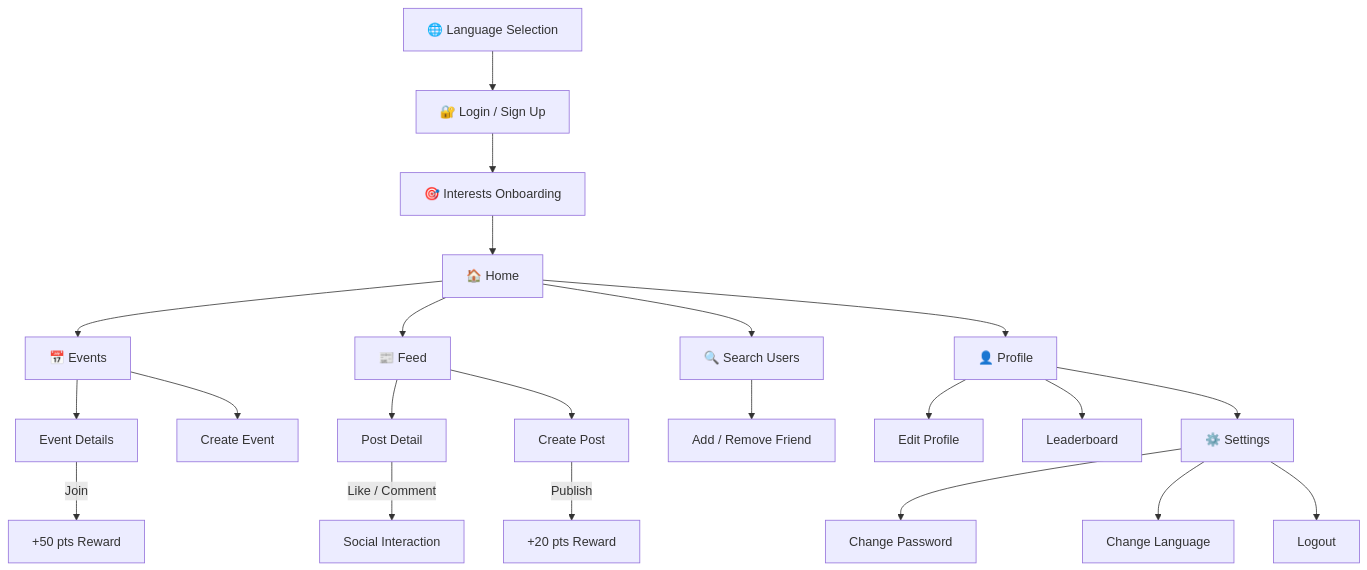
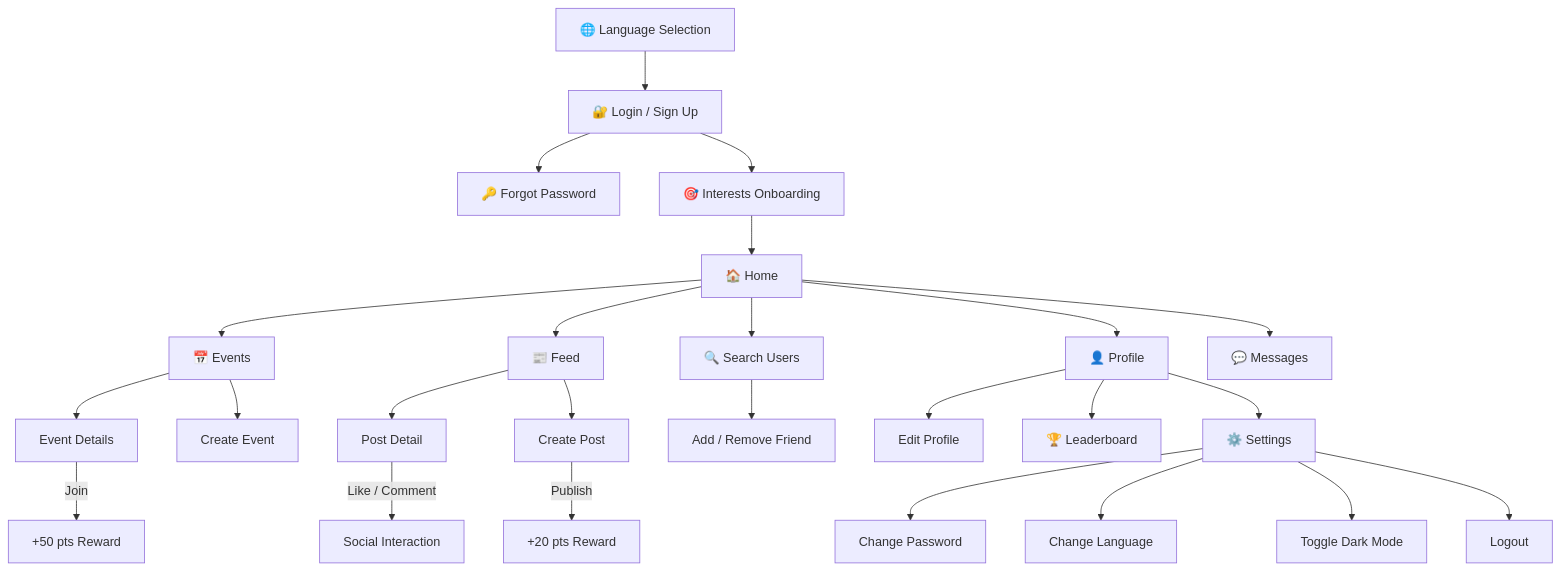
The second of 2 diagrams in README.md (Lochangarg/Impactly), drawn with Mermaid before and after one commit. The commit also changed other lines of this file and 60 other files, not shown here.

````diff
--- a/README.md
+++ b/README.md
@@ -243,29 +309,32 @@
 ```mermaid
 graph TD
-    A[🌐 Language Selection] --> B[🔐 Login / Sign Up]
-    B --> C[🎯 Interests Onboarding]
-    C --> D[🏠 Home]
-    
-    D --> E[📅 Events]
-    D --> F[🔍 Search Users]
-    D --> G[📰 Feed]
-    D --> H[👤 Profile]
-    
-    E --> E1[Event Details]
-    E --> E2[Create Event]
-    E1 --> |Join| E3[+50 pts Reward]
-    
-    G --> G1[Post Detail]
-    G --> G2[Create Post]
-    G1 --> |Like / Comment| G3[Social Interaction]
-    G2 --> |Publish| G4[+20 pts Reward]
-    
-    F --> F1[Add / Remove Friend]
-    
-    H --> H1[Edit Profile]
-    H --> H2[Leaderboard]
-    H --> H3[⚙️ Settings]
-    H3 --> H4[Change Password]
-    H3 --> H5[Change Language]
-    H3 --> H6[Logout]
+    A["🌐 Language Selection"] --> B["🔐 Login / Sign Up"]
+    B --> B1["🔑 Forgot Password"]
+    B --> C["🎯 Interests Onboarding"]
+    C --> D["🏠 Home"]
+
+    D --> E["📅 Events"]
+    D --> F["🔍 Search Users"]
+    D --> G["📰 Feed"]
+    D --> H["👤 Profile"]
+    D --> I["💬 Messages"]
+
+    E --> E1["Event Details"]
+    E --> E2["Create Event"]
+    E1 --> |Join| E3["+50 pts Reward"]
+
+    G --> G1["Post Detail"]
+    G --> G2["Create Post"]
+    G1 --> |Like / Comment| G3["Social Interaction"]
+    G2 --> |Publish| G4["+20 pts Reward"]
+
+    F --> F1["Add / Remove Friend"]
+
+    H --> H1["Edit Profile"]
+    H --> H2["🏆 Leaderboard"]
+    H --> H3["⚙️ Settings"]
+    H3 --> H4["Change Password"]
+    H3 --> H5["Change Language"]
+    H3 --> H6["Toggle Dark Mode"]
+    H3 --> H7["Logout"]
 ```
````
